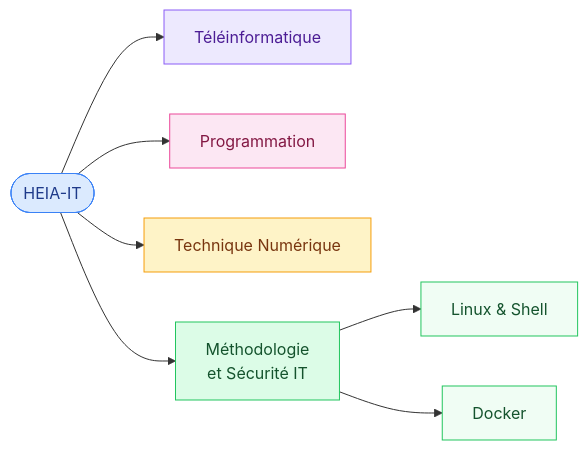
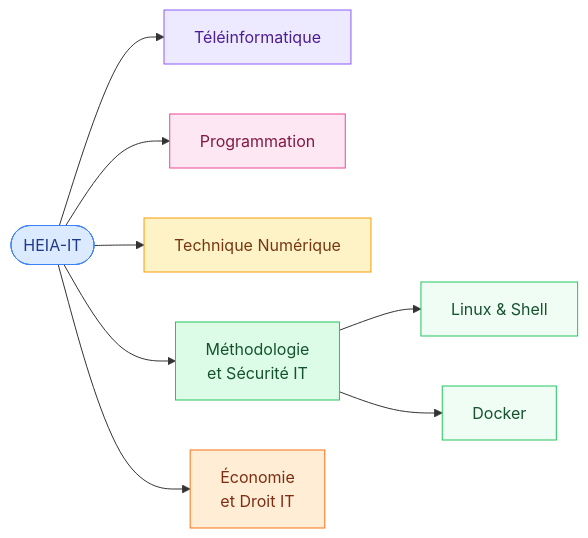
One commit to GoobyWoobies/HEIA-IT changed the diagram in README.md. Above: the diagram before and after it, drawn with Mermaid. The commit also changed other lines of this file and 18 other files, not shown here.

````diff
--- a/README.md
+++ b/README.md
@@ -34,17 +34,19 @@
 ```mermaid
 flowchart LR
     H(["HEIA-IT"]) --> T["Téléinformatique"]
     H --> P["Programmation"]
     H --> N["Technique Numérique"]
     H --> M["Méthodologie<br/>et Sécurité IT"]
     M --> L["Linux & Shell"]
     M --> D["Docker"]
+    H --> E["Économie<br/>et Droit IT"]
 
     style H fill:#dbeafe,stroke:#3b82f6,color:#1e3a8a
     style T fill:#ede9fe,stroke:#8b5cf6,color:#4c1d95
     style P fill:#fce7f3,stroke:#ec4899,color:#831843
     style N fill:#fef3c7,stroke:#f59e0b,color:#78350f
     style M fill:#dcfce7,stroke:#22c55e,color:#14532d
     style L fill:#f0fdf4,stroke:#22c55e,color:#14532d
     style D fill:#f0fdf4,stroke:#22c55e,color:#14532d
+    style E fill:#ffedd5,stroke:#f97316,color:#7c2d12
 ```
````
